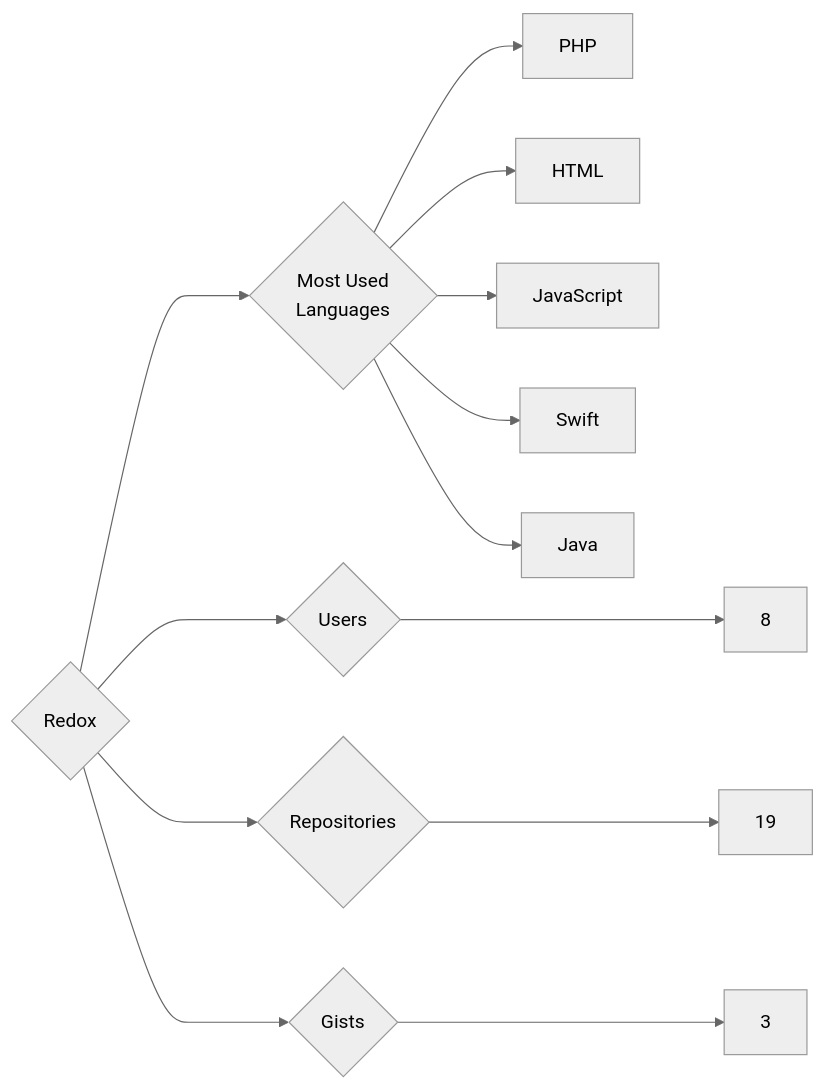
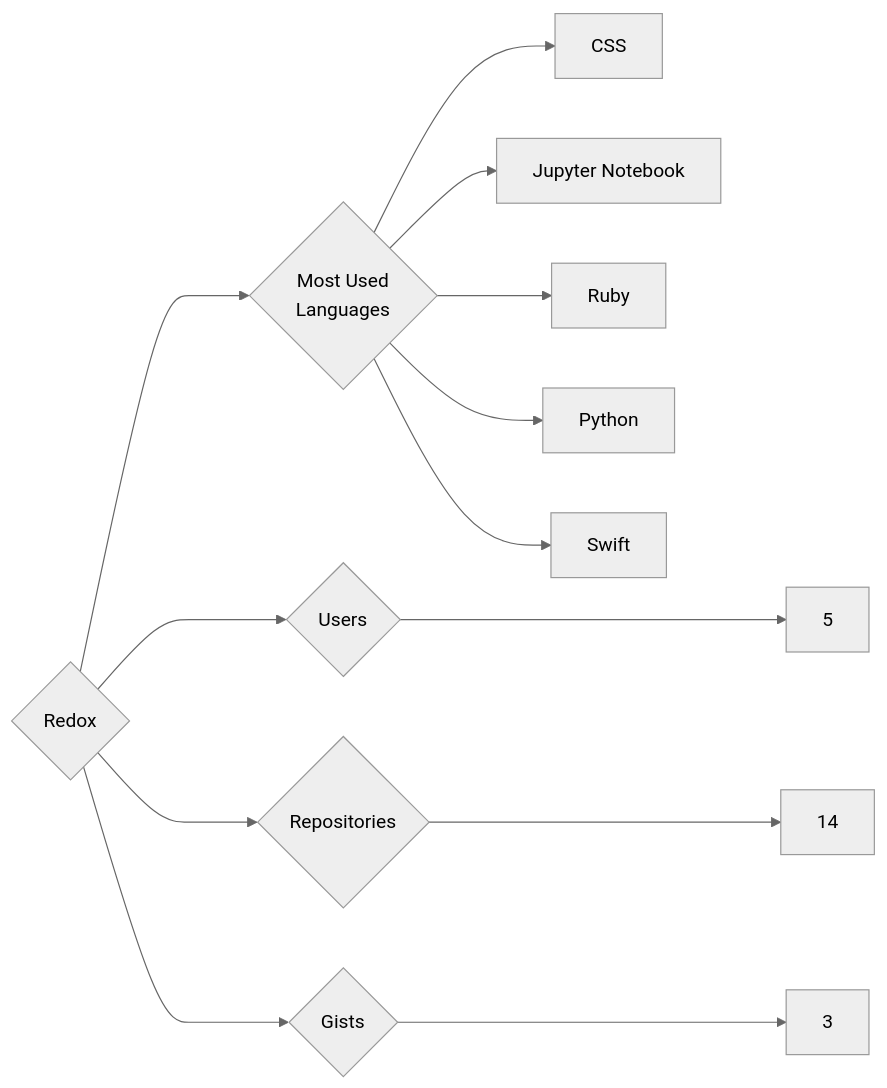
One commit to trickest/insiders changed the diagram in targets/Redox/README.md. Above: the diagram before and after it, drawn with Mermaid (neutral theme). The commit also changed 1389 other files, not shown here.

````diff
--- a/targets/Redox/README.md
+++ b/targets/Redox/README.md
@@ -3,13 +3,13 @@
 ```mermaid
 graph LR
 COMPANY_NAME{Redox}
-COMPANY_NAME ---> U{Users} ---> UN[8]
-COMPANY_NAME ---> R{Repositories} ---> RN[19]
+COMPANY_NAME ---> U{Users} ---> UN[5]
+COMPANY_NAME ---> R{Repositories} ---> RN[14]
 COMPANY_NAME ---> G{Gists} ---> GN[3]
 COMPANY_NAME ---> ML{Most Used<br>Languages}
-ML --> PHP[PHP]
-ML --> HTML[HTML]
-ML --> JavaScript[JavaScript]
+ML --> CSS[CSS]
+ML --> Jupyter_Notebook[Jupyter Notebook]
+ML --> Ruby[Ruby]
+ML --> Python[Python]
 ML --> Swift[Swift]
-ML --> Java[Java]
 ```
````
